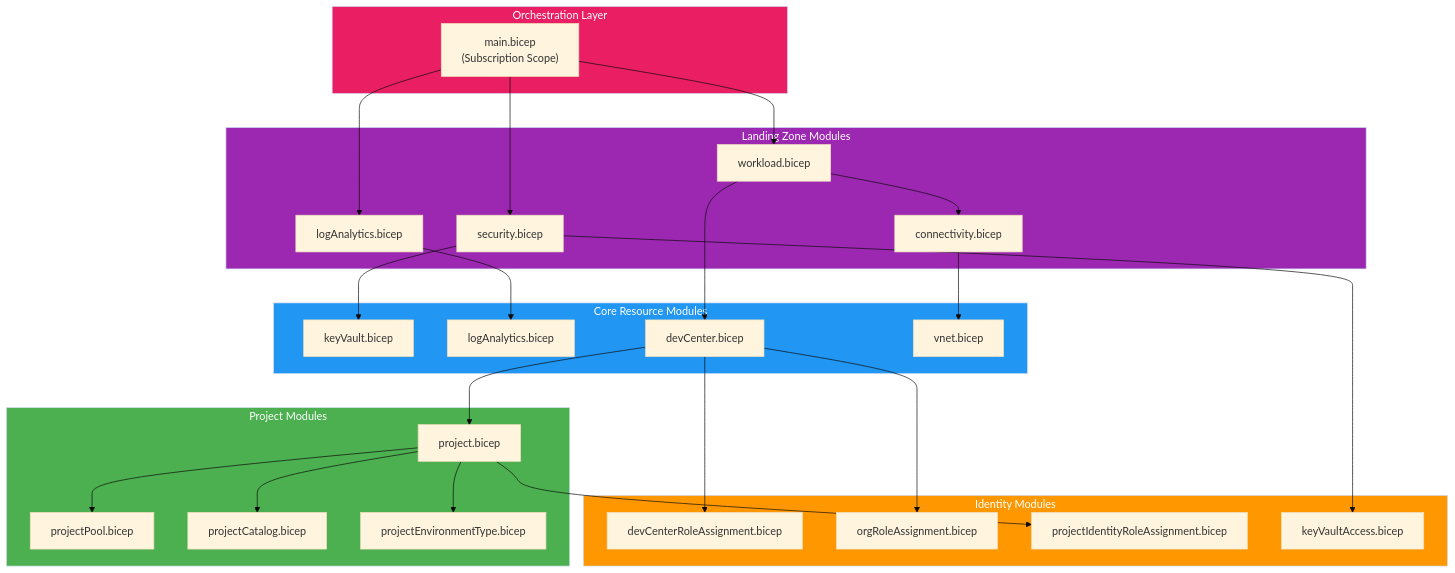
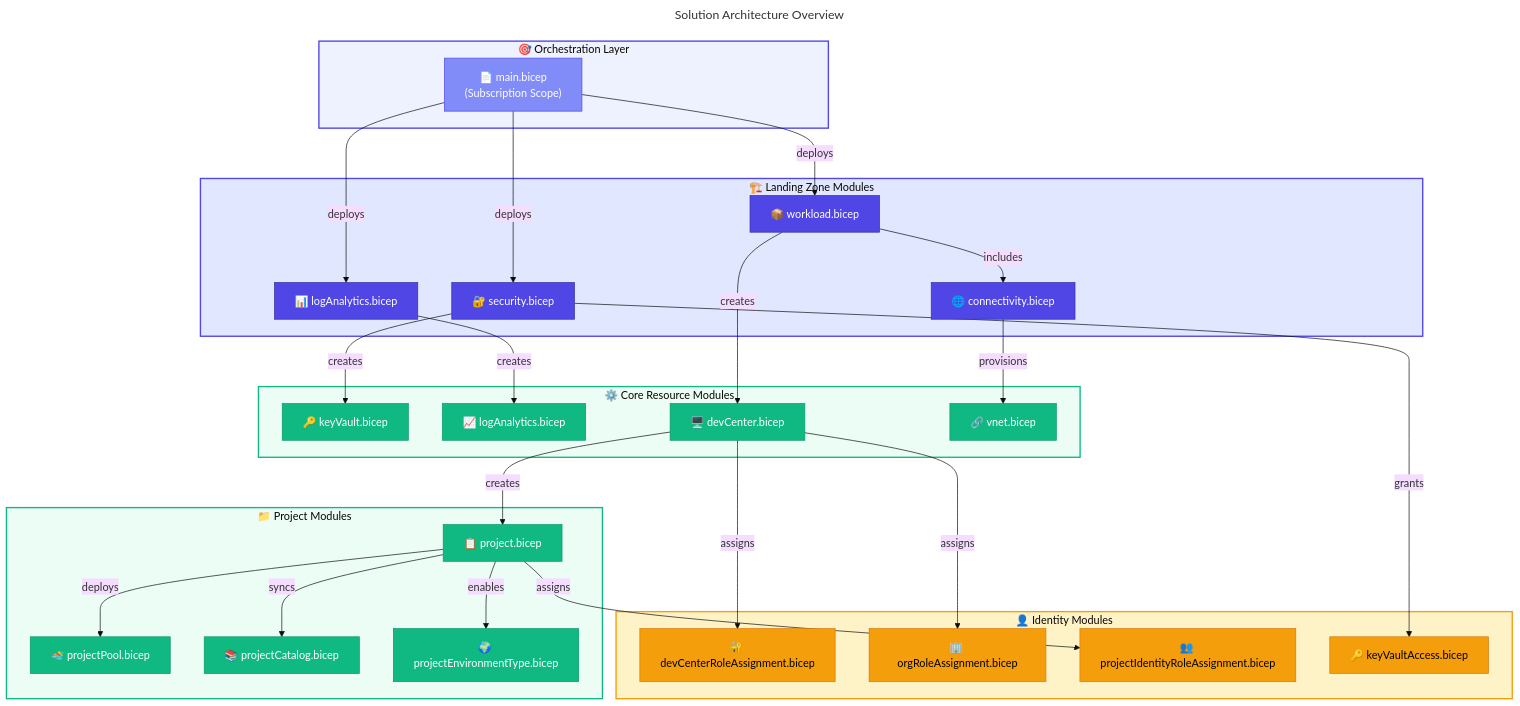
The first of 8 diagrams in docs/architecture/03-application-architecture.md (Evilazaro/DevExp-DevBox), drawn with Mermaid (base theme) before and after one commit. The commit also changed other lines of this file and 2 other files, not shown here.

Commit message:
Enhance documentation for architecture files by adding titles to diagrams, improving section titles, and incorporating emojis for better clarity and navigation.

````diff
--- a/docs/architecture/03-application-architecture.md
+++ b/docs/architecture/03-application-architecture.md
@@ -61,60 +61,81 @@
 ```mermaid
+---
+title: Solution Architecture Overview
+---
 flowchart TB
-    subgraph Orchestration["Orchestration Layer"]
-        MAIN["main.bicep\n(Subscription Scope)"]
+    %% ===== ORCHESTRATION LAYER =====
+    subgraph Orchestration["🎯 Orchestration Layer"]
+        MAIN["📄 main.bicep<br/>(Subscription Scope)"]
     end
     
-    subgraph LandingZones["Landing Zone Modules"]
-        SEC["security.bicep"]
-        MON["logAnalytics.bicep"]
-        WL["workload.bicep"]
-        CONN["connectivity.bicep"]
+    %% ===== LANDING ZONE MODULES =====
+    subgraph LandingZones["🏗️ Landing Zone Modules"]
+        SEC["🔐 security.bicep"]
+        MON["📊 logAnalytics.bicep"]
+        WL["📦 workload.bicep"]
+        CONN["🌐 connectivity.bicep"]
     end
     
-    subgraph CoreResources["Core Resource Modules"]
-        KV["keyVault.bicep"]
-        LA["logAnalytics.bicep"]
-        DC["devCenter.bicep"]
-        VN["vnet.bicep"]
+    %% ===== CORE RESOURCE MODULES =====
+    subgraph CoreResources["⚙️ Core Resource Modules"]
+        KV["🔑 keyVault.bicep"]
+        LA["📈 logAnalytics.bicep"]
+        DC["🖥️ devCenter.bicep"]
+        VN["🔗 vnet.bicep"]
     end
     
-    subgraph ProjectResources["Project Modules"]
-        PROJ["project.bicep"]
-        POOL["projectPool.bicep"]
-        PCAT["projectCatalog.bicep"]
-        PENV["projectEnvironmentType.bicep"]
+    %% ===== PROJECT MODULES =====
+    subgraph ProjectResources["📁 Project Modules"]
+        PROJ["📋 project.bicep"]
+        POOL["🏊 projectPool.bicep"]
+        PCAT["📚 projectCatalog.bicep"]
+        PENV["🌍 projectEnvironmentType.bicep"]
     end
     
-    subgraph Identity["Identity Modules"]
-        DCRA["devCenterRoleAssignment.bicep"]
-        ORA["orgRoleAssignment.bicep"]
-        PIRA["projectIdentityRoleAssignment.bicep"]
-        KVA["keyVaultAccess.bicep"]
+    %% ===== IDENTITY MODULES =====
+    subgraph Identity["👤 Identity Modules"]
+        DCRA["🔐 devCenterRoleAssignment.bicep"]
+        ORA["🏢 orgRoleAssignment.bicep"]
+        PIRA["👥 projectIdentityRoleAssignment.bicep"]
+        KVA["🔑 keyVaultAccess.bicep"]
     end
     
-    MAIN --> SEC
-    MAIN --> MON
-    MAIN --> WL
+    %% ===== CONNECTIONS =====
+    MAIN -->|deploys| SEC
+    MAIN -->|deploys| MON
+    MAIN -->|deploys| WL
     
-    SEC --> KV
-    MON --> LA
-    WL --> DC
-    WL --> CONN
+    SEC -->|creates| KV
+    MON -->|creates| LA
+    WL -->|creates| DC
+    WL -->|includes| CONN
     
-    CONN --> VN
-    DC --> PROJ
-    PROJ --> POOL
-    PROJ --> PCAT
-    PROJ --> PENV
+    CONN -->|provisions| VN
+    DC -->|creates| PROJ
+    PROJ -->|deploys| POOL
+    PROJ -->|syncs| PCAT
+    PROJ -->|enables| PENV
     
-    DC --> DCRA
-    DC --> ORA
-    PROJ --> PIRA
-    SEC --> KVA
+    DC -->|assigns| DCRA
+    DC -->|assigns| ORA
+    PROJ -->|assigns| PIRA
+    SEC -->|grants| KVA
     
-    style Orchestration fill:#E91E63,color:#fff
-    style LandingZones fill:#9C27B0,color:#fff
-    style CoreResources fill:#2196F3,color:#fff
-    style ProjectResources fill:#4CAF50,color:#fff
-    style Identity fill:#FF9800,color:#fff
+    %% ===== STYLES =====
+    classDef trigger fill:#818CF8,stroke:#4F46E5,color:#FFFFFF
+    classDef primary fill:#4F46E5,stroke:#3730A3,color:#FFFFFF
+    classDef secondary fill:#10B981,stroke:#059669,color:#FFFFFF
+    classDef datastore fill:#F59E0B,stroke:#D97706,color:#000000
+    
+    class MAIN trigger
+    class SEC,MON,WL,CONN primary
+    class KV,LA,DC,VN secondary
+    class PROJ,POOL,PCAT,PENV secondary
+    class DCRA,ORA,PIRA,KVA datastore
+    
+    style Orchestration fill:#EEF2FF,stroke:#4F46E5,stroke-width:2px
+    style LandingZones fill:#E0E7FF,stroke:#4F46E5,stroke-width:2px
+    style CoreResources fill:#ECFDF5,stroke:#10B981,stroke-width:2px
+    style ProjectResources fill:#ECFDF5,stroke:#10B981,stroke-width:2px
+    style Identity fill:#FEF3C7,stroke:#F59E0B,stroke-width:2px
 ```
````
